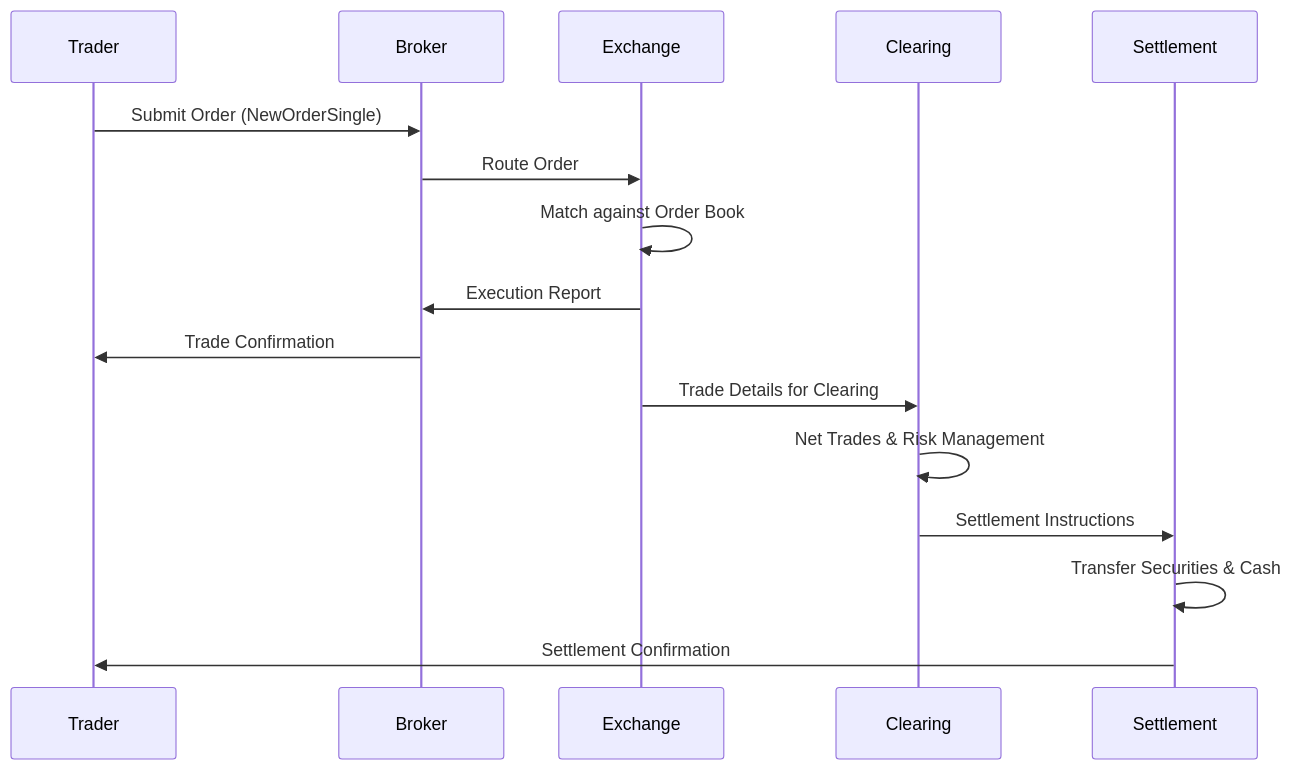
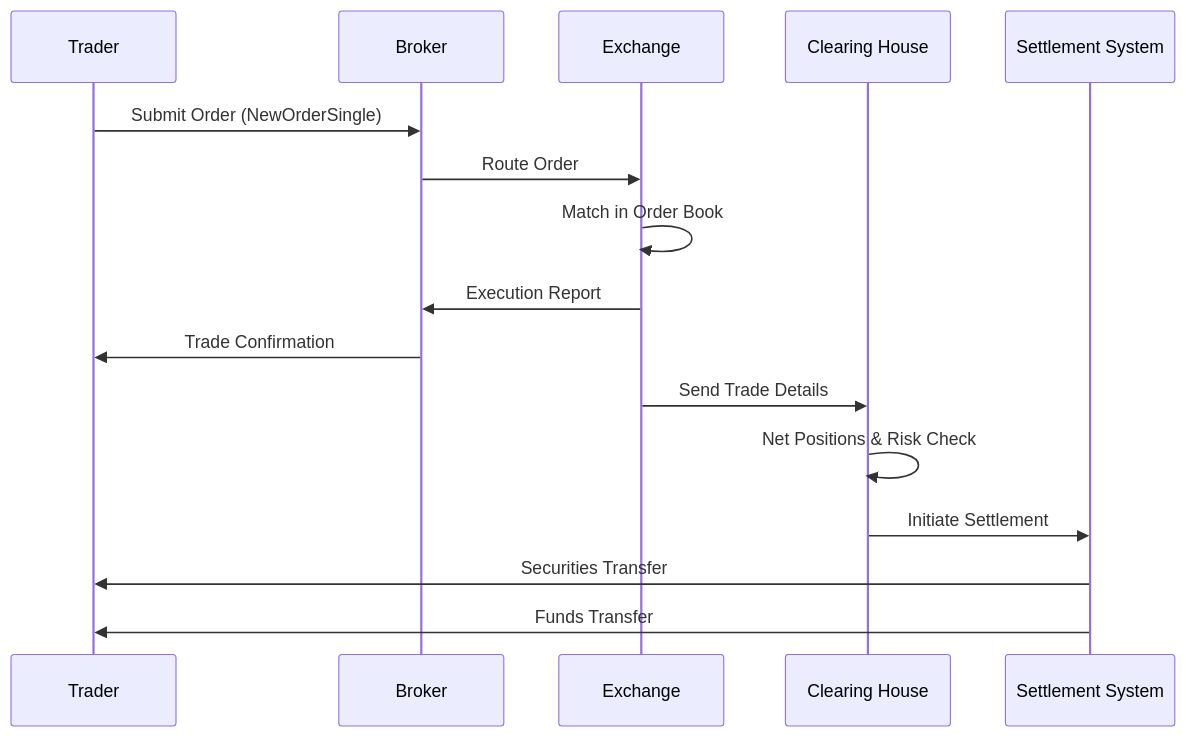
The diagram in lifecycle/journey-of-a-trade/README.md (VrushankPatel/interview-matters), drawn with Mermaid before and after one commit. The commit also changed other lines of this file and 30 other files, not shown here.

````diff
--- a/lifecycle/journey-of-a-trade/README.md
+++ b/lifecycle/journey-of-a-trade/README.md
@@ -80,19 +69,19 @@
 ```mermaid
 sequenceDiagram
-    participant Trader
-    participant Broker
-    participant Exchange
-    participant Clearing
-    participant Settlement
+    participant T as Trader
+    participant B as Broker
+    participant E as Exchange
+    participant C as Clearing House
+    participant S as Settlement System
 
-    Trader->>Broker: Submit Order (NewOrderSingle)
-    Broker->>Exchange: Route Order
-    Exchange->>Exchange: Match against Order Book
-    Exchange->>Broker: Execution Report
-    Broker->>Trader: Trade Confirmation
-    Exchange->>Clearing: Trade Details for Clearing
-    Clearing->>Clearing: Net Trades & Risk Management
-    Clearing->>Settlement: Settlement Instructions
-    Settlement->>Settlement: Transfer Securities & Cash
-    Settlement->>Trader: Settlement Confirmation
+    T->>B: Submit Order (NewOrderSingle)
+    B->>E: Route Order
+    E->>E: Match in Order Book
+    E->>B: Execution Report
+    B->>T: Trade Confirmation
+    E->>C: Send Trade Details
+    C->>C: Net Positions & Risk Check
+    C->>S: Initiate Settlement
+    S->>T: Securities Transfer
+    S->>T: Funds Transfer
 ```
````
